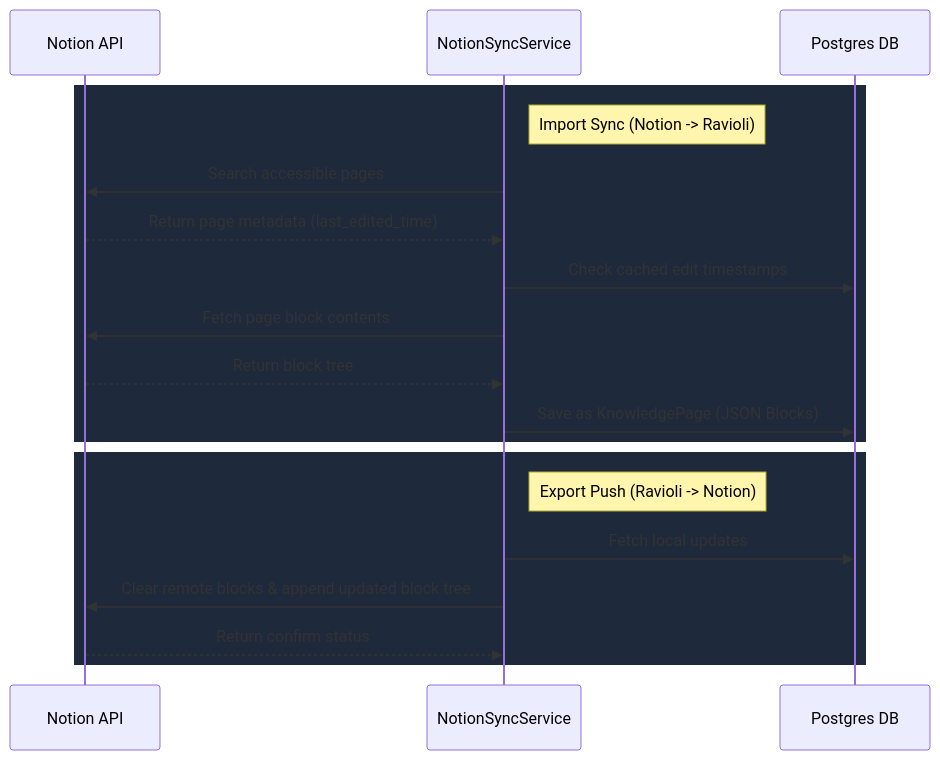
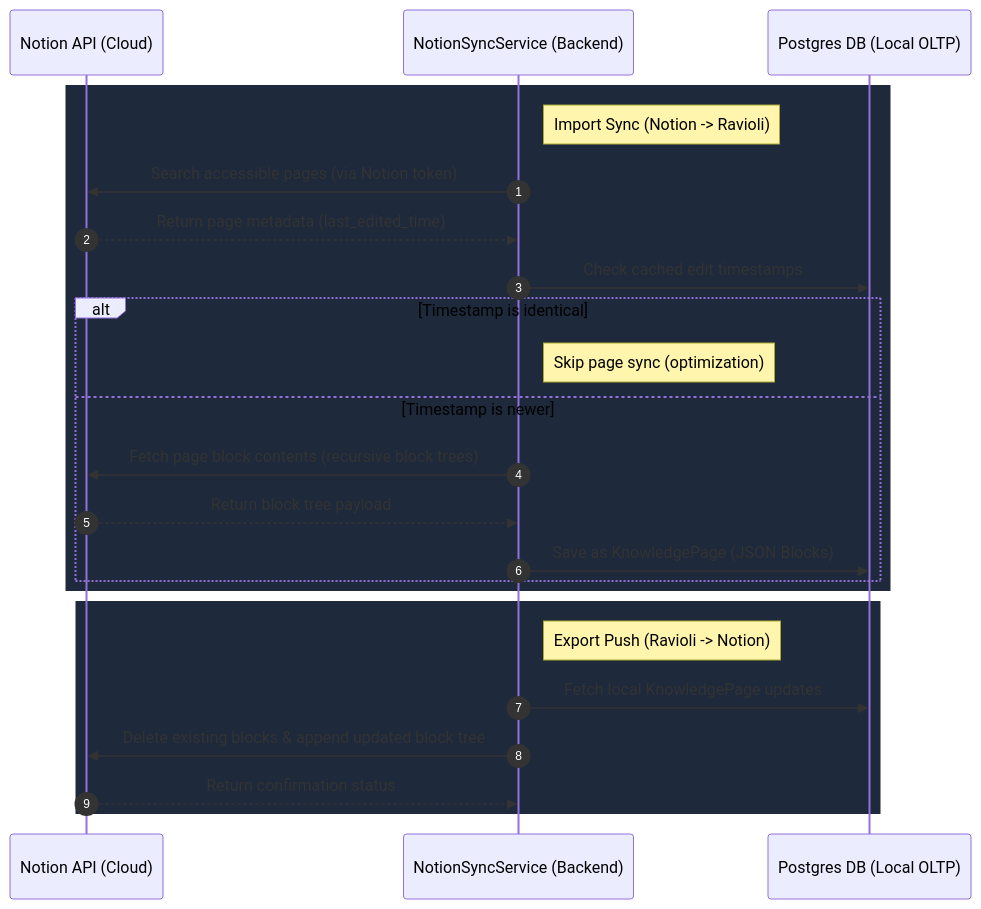
The diagram in docs-site/docs/settings/integrations/notion-sync.md (852-Lab/jimwurst), drawn with Mermaid before and after one commit. The commit also changed other lines of this file and 5 other files, not shown here.

````diff
--- a/docs-site/docs/settings/integrations/notion-sync.md
+++ b/docs-site/docs/settings/integrations/notion-sync.md
@@ -10,23 +10,28 @@
 ```mermaid
 sequenceDiagram
-    participant Notion as Notion API
-    participant Sync as NotionSyncService
-    participant DB as Postgres DB
+    autonumber
+    participant Notion as Notion API (Cloud)
+    participant Sync as NotionSyncService (Backend)
+    participant DB as Postgres DB (Local OLTP)
     
     rect rgb(30, 41, 59)
     note right of Sync: Import Sync (Notion -> Ravioli)
-    Sync->>Notion: Search accessible pages
+    Sync->>Notion: Search accessible pages (via Notion token)
     Notion-->>Sync: Return page metadata (last_edited_time)
     Sync->>DB: Check cached edit timestamps
-    Sync->>Notion: Fetch page block contents
-    Notion-->>Sync: Return block tree
-    Sync->>DB: Save as KnowledgePage (JSON Blocks)
+    alt Timestamp is identical
+        note right of Sync: Skip page sync (optimization)
+    else Timestamp is newer
+        Sync->>Notion: Fetch page block contents (recursive block trees)
+        Notion-->>Sync: Return block tree payload
+        Sync->>DB: Save as KnowledgePage (JSON Blocks)
+    end
     end
     
     rect rgb(30, 41, 59)
     note right of Sync: Export Push (Ravioli -> Notion)
-    Sync->>DB: Fetch local updates
-    Sync->>Notion: Clear remote blocks & append updated block tree
-    Notion-->>Sync: Return confirm status
+    Sync->>DB: Fetch local KnowledgePage updates
+    Sync->>Notion: Delete existing blocks & append updated block tree
+    Notion-->>Sync: Return confirmation status
     end
 ```
````
